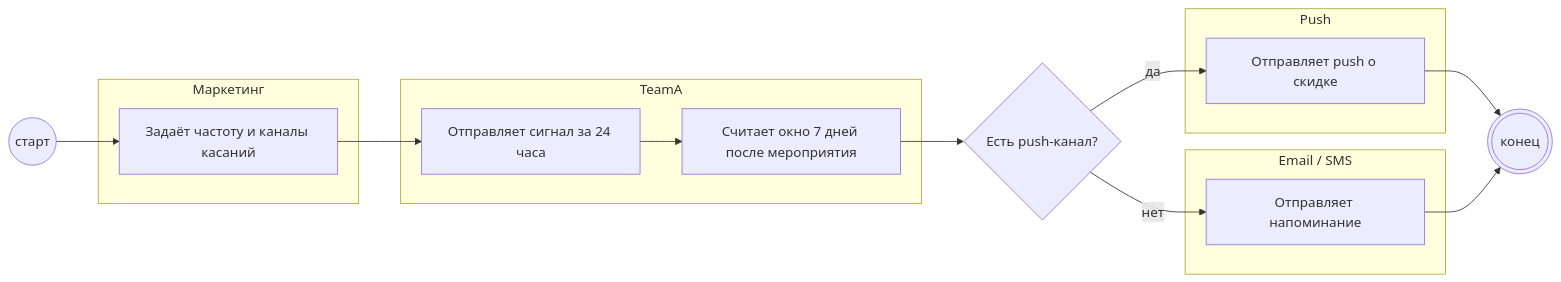
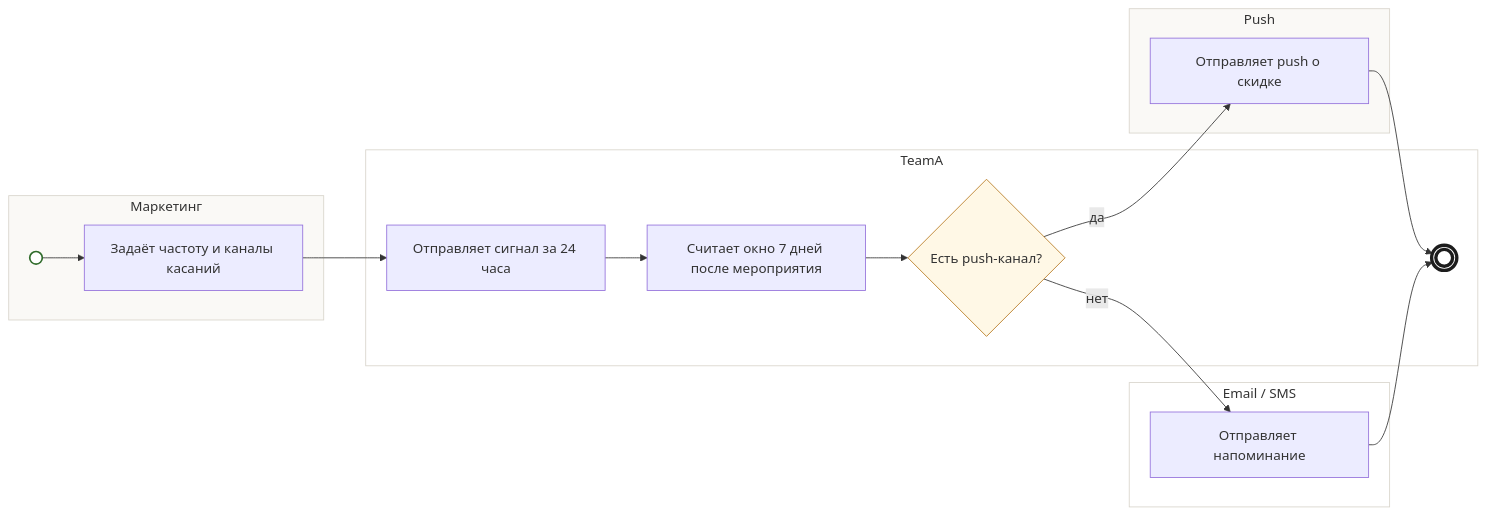
Before and after one commit to po-helper-org/poh-blueprint-writer: the diagram in skills/bft-blueprint/examples/dineclub-restart-blueprint/backlog/tasks/bp-12.2 - По-дате-мероприятия-срабатывают-касания-за-24-ч-и-в-окне-7-дней.md, drawn with Mermaid. The commit also changed 79 other files, not shown here.

First line of the commit message:
Карточка «Как это работает»: компактная заметка, схема mermaid, «Уточнить», источники

````diff
--- a/skills/bft-blueprint/examples/dineclub-restart-blueprint/backlog/tasks/bp-12.2 - По-дате-мероприятия-срабатывают-касания-за-24-ч-и-в-окне-7-дней.md
+++ b/skills/bft-blueprint/examples/dineclub-restart-blueprint/backlog/tasks/bp-12.2 - По-дате-мероприятия-срабатывают-касания-за-24-ч-и-в-окне-7-дней.md
@@ -43,27 +43,38 @@
 ```mermaid
 flowchart LR
-  S(("старт"))
   subgraph L1["Маркетинг"]
+    S((" "))
     N1["Задаёт частоту и каналы касаний"]
   end
   subgraph L2["TeamA"]
     N2["Отправляет сигнал за 24 часа"]
     N3["Считает окно 7 дней после мероприятия"]
+    G4{"Есть push-канал?"}
+    E(((" ")))
   end
   subgraph L3["Push"]
     N5["Отправляет push о скидке"]
   end
   subgraph L4["Email / SMS"]
     N6["Отправляет напоминание"]
   end
-  G4{"Есть push-канал?"}
-  E((("конец")))
   S --> N1
   N1 --> N2
   N2 --> N3
   N3 --> G4
   G4 -- да --> N5
   G4 -- нет --> N6
   N5 --> E
   N6 --> E
+  classDef start fill:#fff,stroke:#2f6b2a,stroke-width:2px
+  classDef stop fill:#fff,stroke:#1c1c1c,stroke-width:4px
+  classDef gw fill:#fff8e6,stroke:#b7791f
+  classDef ask color:#c0392b,stroke:#c0392b
+  class S start
+  class E stop
+  class G4 gw
+  style L1 fill:#faf9f6,stroke:#d8d4cb
+  style L2 fill:#ffffff,stroke:#d8d4cb
+  style L3 fill:#faf9f6,stroke:#d8d4cb
+  style L4 fill:#ffffff,stroke:#d8d4cb
 ```
````
